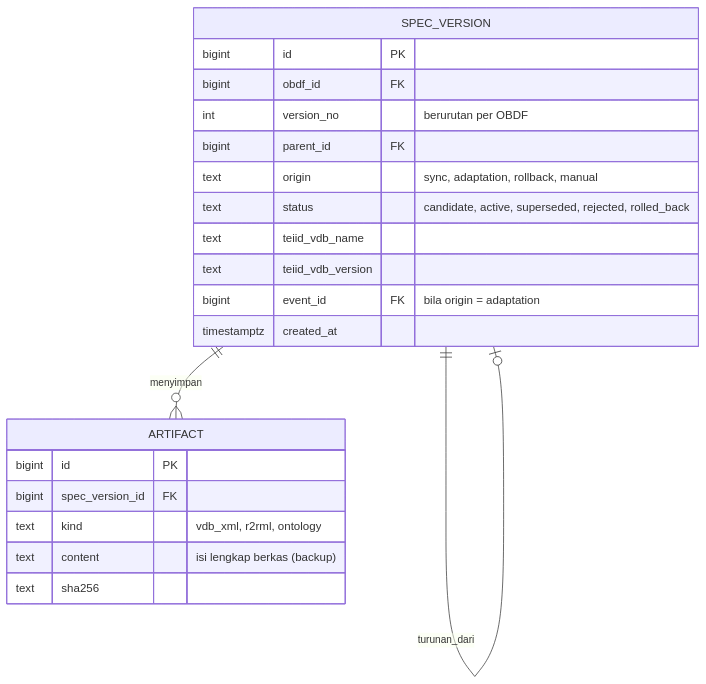
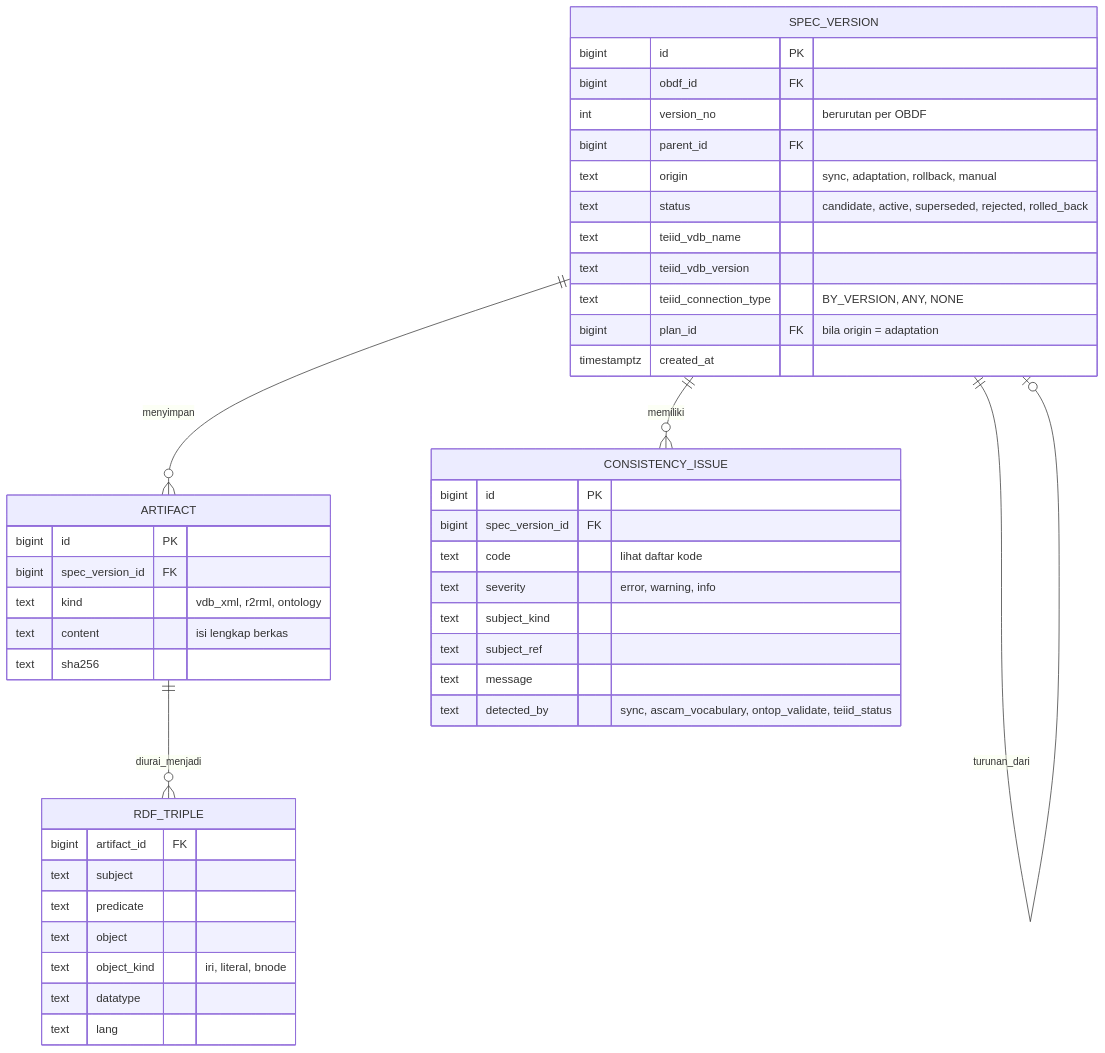
The second of 7 diagrams in docs/knowledge/README.md (rahilaode/data-federation-dev), drawn with Mermaid before and after one commit. The commit also changed other lines of this file and 2 other files, not shown here.

Commit message:
ADR-0006: dependensi view Teiid (hasil F0.7); rancangan Knowledge v2: graf lineage ujung-ke-ujung, view, kepemilikan elemen, kebijakan, konsistensi, read model UI

````diff
--- a/docs/knowledge/README.md
+++ b/docs/knowledge/README.md
@@ -104,25 +129,47 @@
 ```mermaid
 erDiagram
     SPEC_VERSION ||--o{ ARTIFACT : menyimpan
     SPEC_VERSION ||--o| SPEC_VERSION : turunan_dari
+    ARTIFACT ||--o{ RDF_TRIPLE : diurai_menjadi
+    SPEC_VERSION ||--o{ CONSISTENCY_ISSUE : memiliki
 
     SPEC_VERSION {
         bigint id PK
         bigint obdf_id FK
         int version_no "berurutan per OBDF"
         bigint parent_id FK
         text origin "sync, adaptation, rollback, manual"
         text status "candidate, active, superseded, rejected, rolled_back"
         text teiid_vdb_name
         text teiid_vdb_version
-        bigint event_id FK "bila origin = adaptation"
+        text teiid_connection_type "BY_VERSION, ANY, NONE"
+        bigint plan_id FK "bila origin = adaptation"
         timestamptz created_at
     }
     ARTIFACT {
         bigint id PK
         bigint spec_version_id FK
         text kind "vdb_xml, r2rml, ontology"
-        text content "isi lengkap berkas (backup)"
+        text content "isi lengkap berkas"
         text sha256
     }
+    RDF_TRIPLE {
+        bigint artifact_id FK
+        text subject
+        text predicate
+        text object
+        text object_kind "iri, literal, bnode"
+        text datatype
+        text lang
+    }
+    CONSISTENCY_ISSUE {
+        bigint id PK
+        bigint spec_version_id FK
+        text code "lihat daftar kode"
+        text severity "error, warning, info"
+        text subject_kind
+        text subject_ref
+        text message
+        text detected_by "sync, ascam_vocabulary, ontop_validate, teiid_status"
+    }
 ```
````
